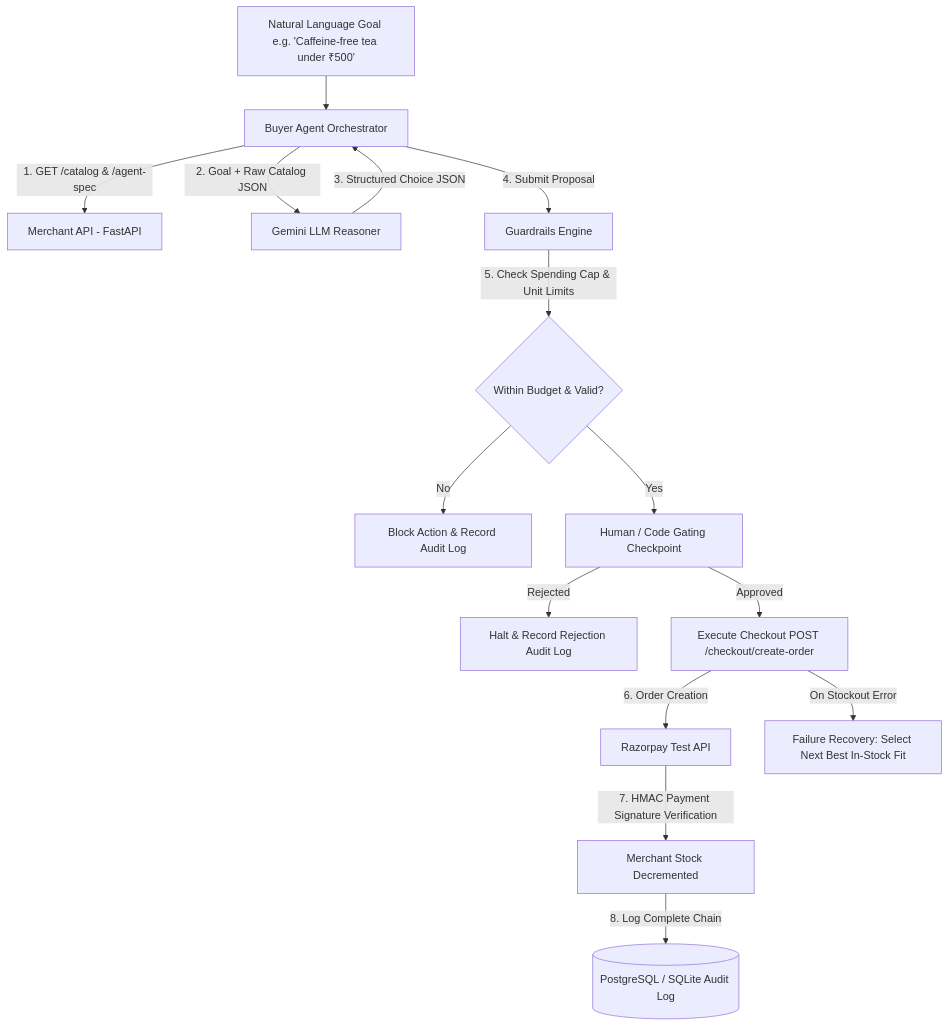
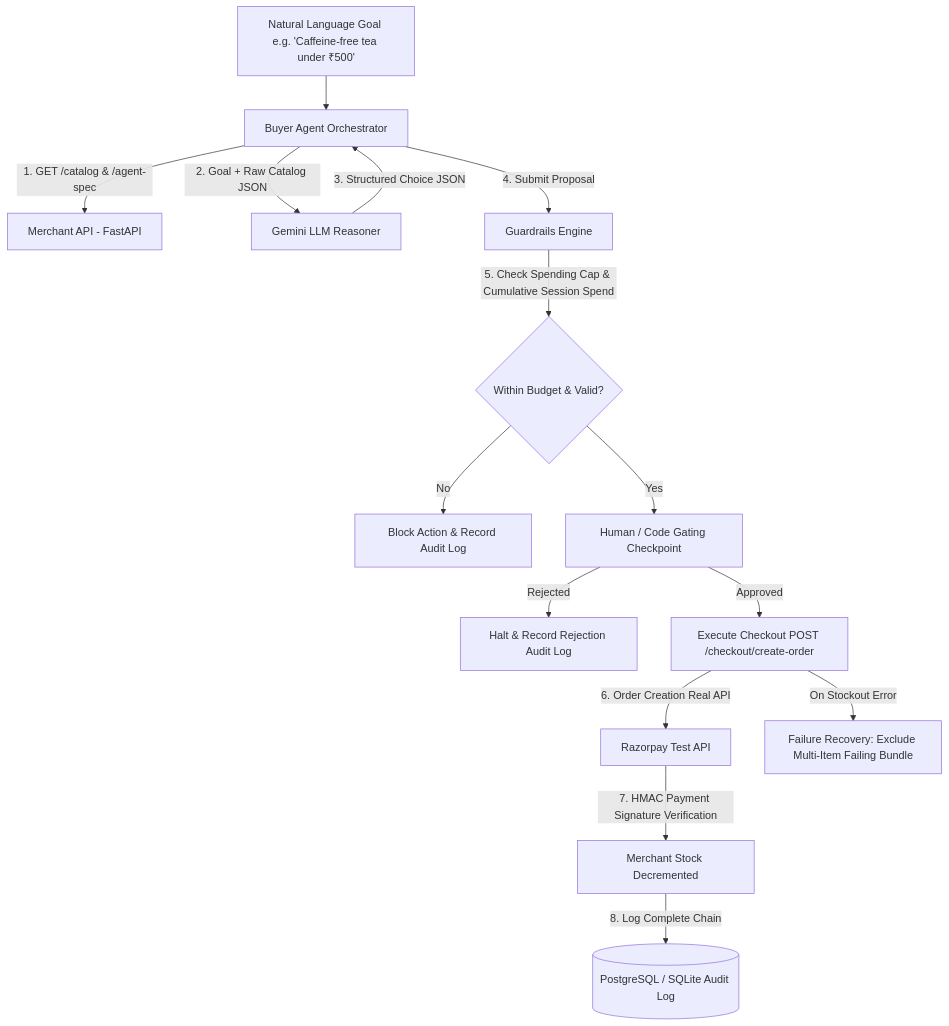
The diagram in README.md (Ashpat007/track1test), drawn with Mermaid before and after one commit. The commit also changed other lines of this file and 3 other files, not shown here.

Commit message:
Address code review: cumulative session spend accumulation, clean env key handling, transparent payment verification docs, and multi-item stockout recovery

````diff
--- a/README.md
+++ b/README.md
@@ -22,17 +25,17 @@
 ```mermaid
 graph TD
     A[Natural Language Goal e.g. 'Caffeine-free tea under ₹500'] --> B[Buyer Agent Orchestrator]
     B -->|1. GET /catalog & /agent-spec| C[Merchant API - FastAPI]
     B -->|2. Goal + Raw Catalog JSON| D[Gemini LLM Reasoner]
     D -->|3. Structured Choice JSON| B
     B -->|4. Submit Proposal| E[Guardrails Engine]
-    E -->|5. Check Spending Cap & Unit Limits| F{Within Budget & Valid?}
+    E -->|5. Check Spending Cap & Cumulative Session Spend| F{Within Budget & Valid?}
     F -->|No| G[Block Action & Record Audit Log]
     F -->|Yes| H[Human / Code Gating Checkpoint]
     H -->|Rejected| I[Halt & Record Rejection Audit Log]
     H -->|Approved| J[Execute Checkout POST /checkout/create-order]
-    J -->|6. Order Creation| K[Razorpay Test API]
+    J -->|6. Order Creation Real API| K[Razorpay Test API]
     K -->|7. HMAC Payment Signature Verification| L[Merchant Stock Decremented]
     L -->|8. Log Complete Chain| M[(PostgreSQL / SQLite Audit Log)]
-    J -->|On Stockout Error| N[Failure Recovery: Select Next Best In-Stock Fit]
+    J -->|On Stockout Error| N[Failure Recovery: Exclude Multi-Item Failing Bundle]
 ```
````
